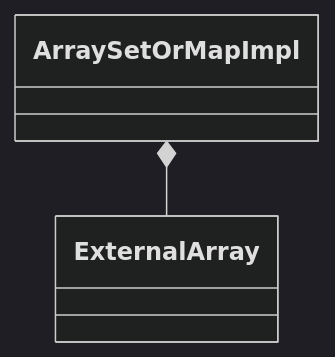
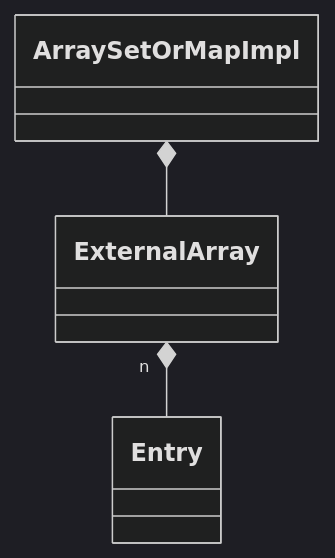
Before and after one commit to nasa/fprime: the diagram in Fw/DataStructures/docs/ArraySetOrMapImpl.md, drawn with Mermaid (dark theme).

Commit message:
Revise SDD for ArraySetOrMapImpl

````diff
--- a/Fw/DataStructures/docs/ArraySetOrMapImpl.md
+++ b/Fw/DataStructures/docs/ArraySetOrMapImpl.md
@@ -36,4 +36,5 @@
 ```mermaid
 classDiagram
     ArraySetOrMapImpl *-- ExternalArray
+    ExternalArray "_n_" *-- Entry
 ```
````
